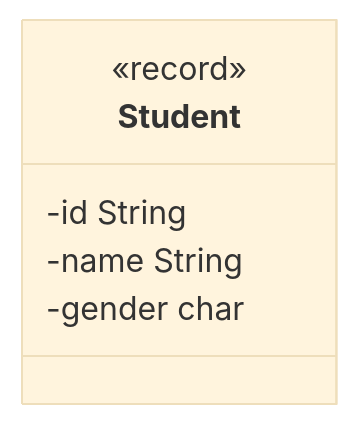
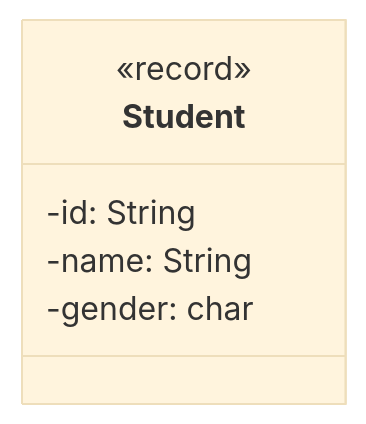
The diagram in docs/exercises/io-streams/io-streams01.md (jappuccini/java-docs), drawn with Mermaid (base theme) before and after one commit. The commit also changed 76 other files, not shown here.

Commit message:
uml fixes (colons, properties), headline fixes (italic) and exam result updates

````diff
--- a/docs/exercises/io-streams/io-streams01.md
+++ b/docs/exercises/io-streams/io-streams01.md
@@ -13,10 +13,9 @@
 ```mermaid
 classDiagram
-
     class Student {
         <<record>>
-        -id String
-        -name String
-        -gender char
+        -id: String
+        -name: String
+        -gender: char
     }
 ```
````
